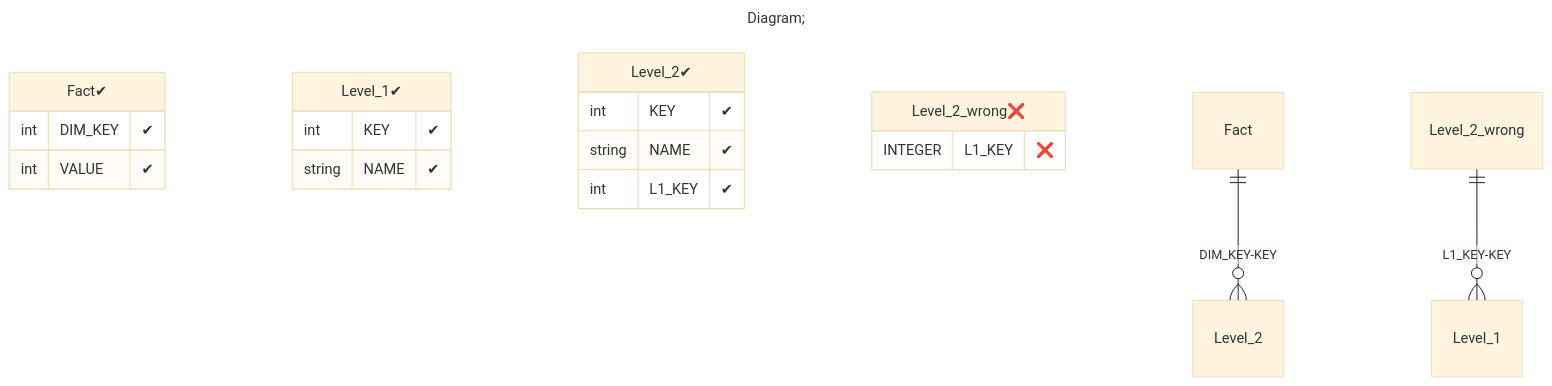
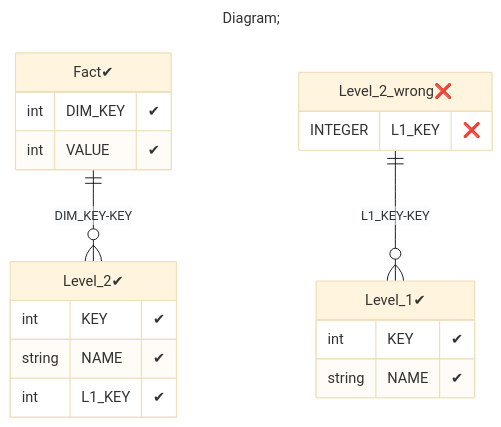
One commit to xmla-services/workground changed the third of 3 diagrams in demo/server/catalogs/tutorial_16_Cube_with_share_dimension_with hierarchy_with_table reference_with_wrong_inner_join/README.MD. Above: the diagram before and after it, drawn with Mermaid (base theme). The commit also changed 16 other files, not shown here.

Commit message:
tutorials. add flags (positive, negative) in database diagram Signed-off-by: dbulahov <bulahovdenis@gmail.com>

````diff
--- a/demo/server/catalogs/tutorial_16_Cube_with_share_dimension_with hierarchy_with_table reference_with_wrong_inner_join/README.MD
+++ b/demo/server/catalogs/tutorial_16_Cube_with_share_dimension_with hierarchy_with_table reference_with_wrong_inner_join/README.MD
@@ -114,25 +114,25 @@
 ```mermaid
 ---
 title: Diagram;
 ---
 erDiagram
 "Fact✔"{
 int DIM_KEY "✔"
 int VALUE "✔"
 }
 "Level_1✔"{
 int KEY "✔"
 string NAME "✔"
 }
 "Level_2✔"{
 int KEY "✔"
 string NAME "✔"
 int L1_KEY "✔"
 }
 "Level_2_wrong❌"{
 INTEGER L1_KEY "❌"
 }
 
-"Fact" ||--o{ "Level_2" : "DIM_KEY-KEY"
-"Level_2_wrong" ||--o{ "Level_1" : "L1_KEY-KEY"
+"Fact✔" ||--o{ "Level_2✔" : "DIM_KEY-KEY"
+"Level_2_wrong❌" ||--o{ "Level_1✔" : "L1_KEY-KEY"
 ```
````
